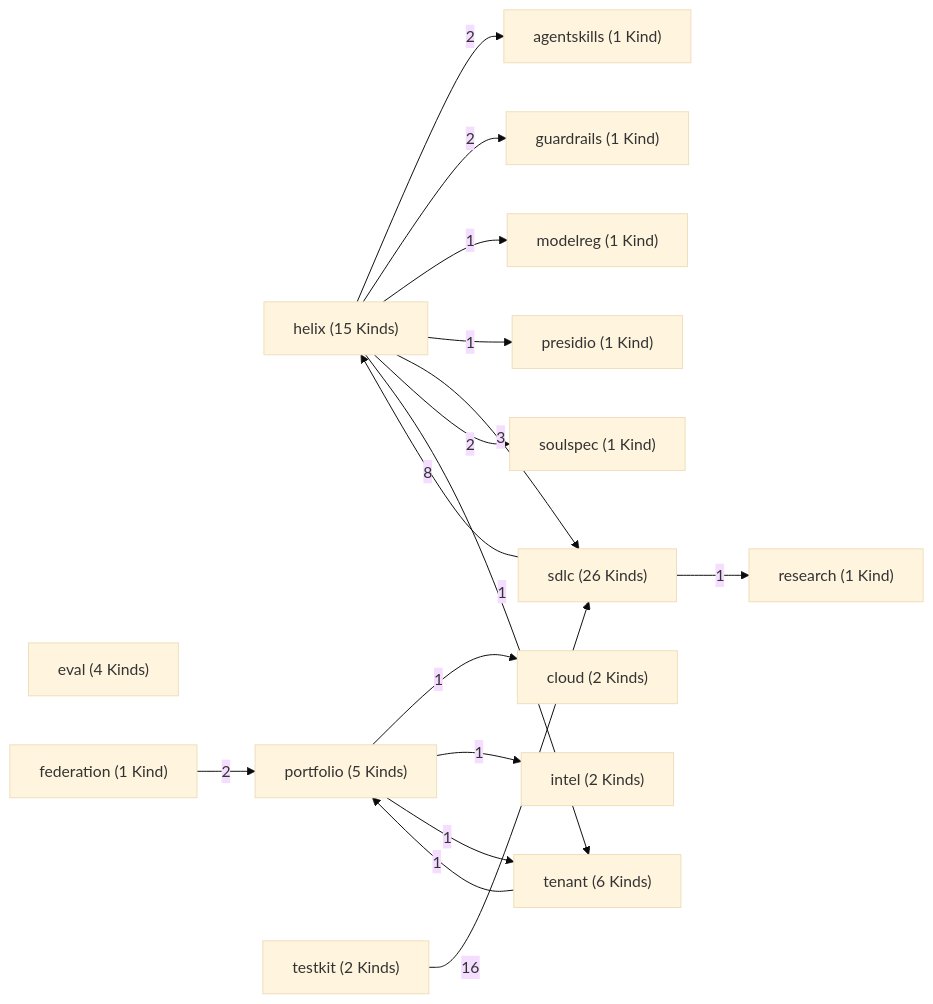
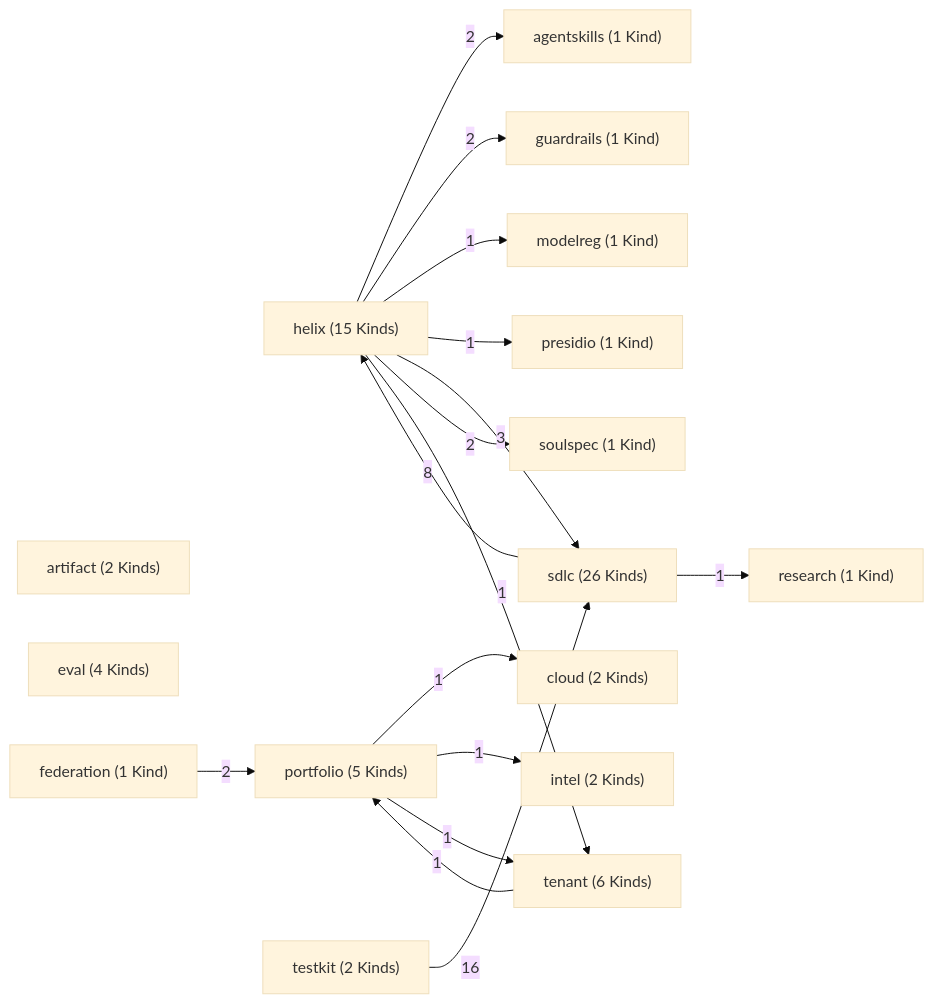
One commit to ruinosus/dna changed the first of 12 diagrams in docs/reference/data-model.md. Above: the diagram before and after it, drawn with Mermaid (base theme). The commit also changed other lines of this file, not shown here.

First line of the commit message:
docs: o MER ganha a aresta KnowledgeChunk → SourceArtifact

````diff
--- a/docs/reference/data-model.md
+++ b/docs/reference/data-model.md
@@ -96,33 +96,34 @@
 ```mermaid
 flowchart LR
     agentskills["agentskills (1 Kind)"]
+    artifact["artifact (2 Kinds)"]
     cloud["cloud (2 Kinds)"]
     eval["eval (4 Kinds)"]
     federation["federation (1 Kind)"]
     guardrails["guardrails (1 Kind)"]
     helix["helix (15 Kinds)"]
     intel["intel (2 Kinds)"]
     modelreg["modelreg (1 Kind)"]
     portfolio["portfolio (5 Kinds)"]
     presidio["presidio (1 Kind)"]
     research["research (1 Kind)"]
     sdlc["sdlc (26 Kinds)"]
     soulspec["soulspec (1 Kind)"]
     tenant["tenant (6 Kinds)"]
     testkit["testkit (2 Kinds)"]
     federation -->|2| portfolio
     helix -->|2| agentskills
     helix -->|2| guardrails
     helix -->|1| modelreg
     helix -->|1| presidio
     helix -->|3| sdlc
     helix -->|2| soulspec
     helix -->|1| tenant
     portfolio -->|1| cloud
     portfolio -->|1| intel
     portfolio -->|1| tenant
     sdlc -->|8| helix
     sdlc -->|1| research
     tenant -->|1| portfolio
     testkit -->|16| sdlc
 ```
````
